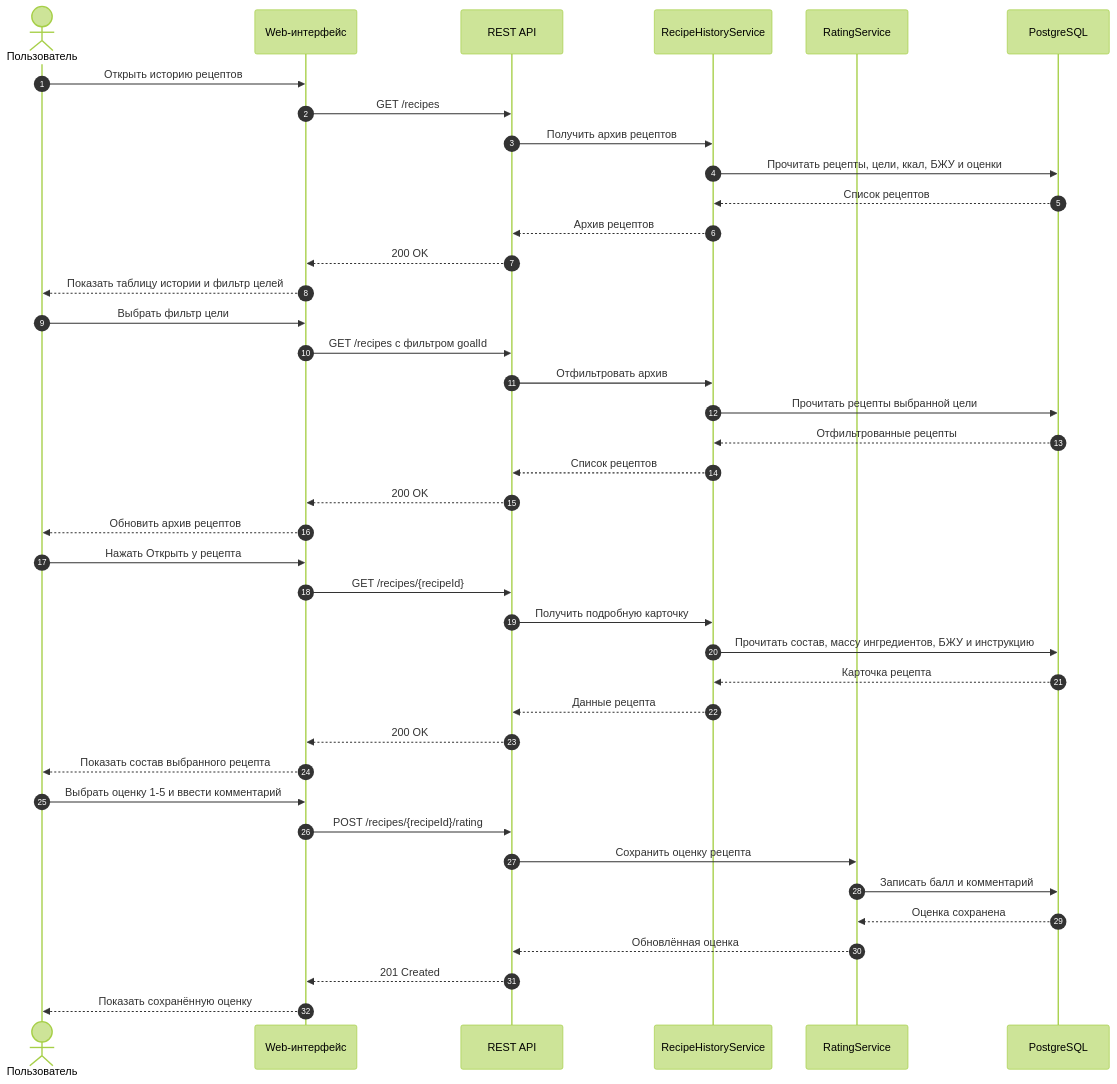
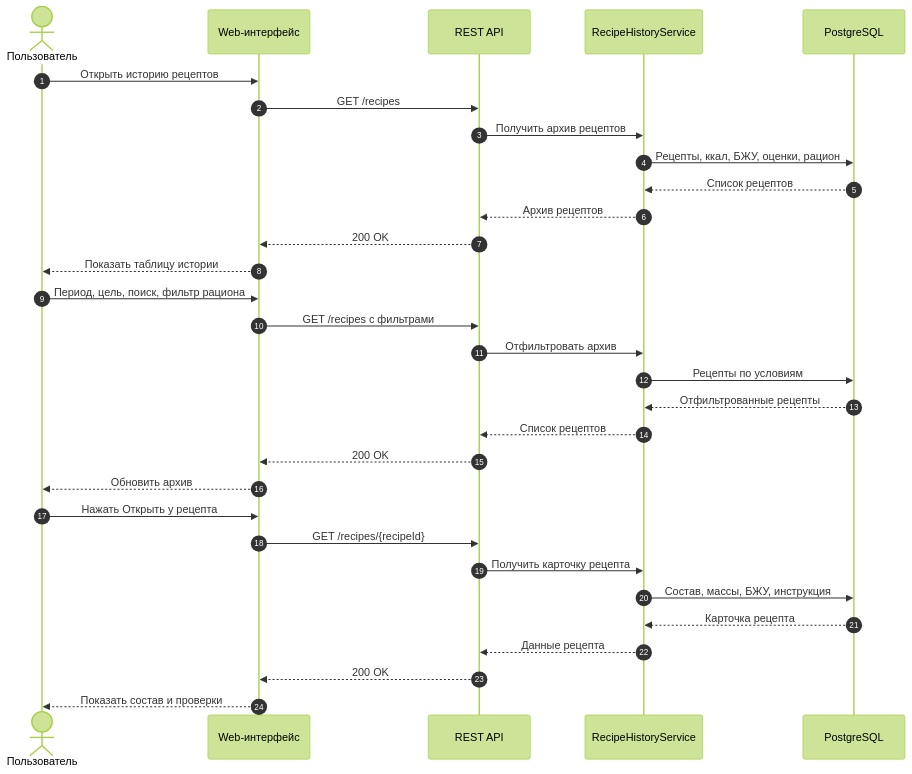
The diagram in Optimization-Methods/laba_2/diagrams/Posledovatelnost/06_История_рецептов_и_оценка.mmd (Skipl1/ASOIU), drawn with Mermaid (forest theme) before and after one commit. The commit also changed 54 other files, not shown here.

```diff
--- a/Optimization-Methods/laba_2/diagrams/Posledovatelnost/06_История_рецептов_и_оценка.mmd
+++ b/Optimization-Methods/laba_2/diagrams/Posledovatelnost/06_История_рецептов_и_оценка.mmd
@@ -1,44 +1,35 @@
+%%{init: {"sequence": {"actorMargin": 18, "messageMargin": 22, "boxMargin": 6}}}%%
 sequenceDiagram
     autonumber
     actor U as Пользователь
     participant Web as Web-интерфейс
     participant API as REST API
     participant History as RecipeHistoryService
-    participant Rating as RatingService
     participant DB as PostgreSQL
 
     U->>Web: Открыть историю рецептов
     Web->>API: GET /recipes
     API->>History: Получить архив рецептов
-    History->>DB: Прочитать рецепты, цели, ккал, БЖУ и оценки
+    History->>DB: Рецепты, ккал, БЖУ, оценки, рацион
     DB-->>History: Список рецептов
     History-->>API: Архив рецептов
     API-->>Web: 200 OK
-    Web-->>U: Показать таблицу истории и фильтр целей
+    Web-->>U: Показать таблицу истории
 
-    U->>Web: Выбрать фильтр цели
-    Web->>API: GET /recipes с фильтром goalId
+    U->>Web: Период, цель, поиск, фильтр рациона
+    Web->>API: GET /recipes с фильтрами
     API->>History: Отфильтровать архив
-    History->>DB: Прочитать рецепты выбранной цели
+    History->>DB: Рецепты по условиям
     DB-->>History: Отфильтрованные рецепты
     History-->>API: Список рецептов
     API-->>Web: 200 OK
-    Web-->>U: Обновить архив рецептов
+    Web-->>U: Обновить архив
 
     U->>Web: Нажать Открыть у рецепта
-    Web->>API: GET /recipes/{recipeId}
-    API->>History: Получить подробную карточку
-    History->>DB: Прочитать состав, массу ингредиентов, БЖУ и инструкцию
+    Web->>API: GET /recipes/#123;recipeId#125;
+    API->>History: Получить карточку рецепта
+    History->>DB: Состав, массы, БЖУ, инструкция
     DB-->>History: Карточка рецепта
     History-->>API: Данные рецепта
     API-->>Web: 200 OK
-    Web-->>U: Показать состав выбранного рецепта
-
-    U->>Web: Выбрать оценку 1-5 и ввести комментарий
-    Web->>API: POST /recipes/{recipeId}/rating
-    API->>Rating: Сохранить оценку рецепта
-    Rating->>DB: Записать балл и комментарий
-    DB-->>Rating: Оценка сохранена
-    Rating-->>API: Обновлённая оценка
-    API-->>Web: 201 Created
-    Web-->>U: Показать сохранённую оценку
+    Web-->>U: Показать состав и проверки
```
